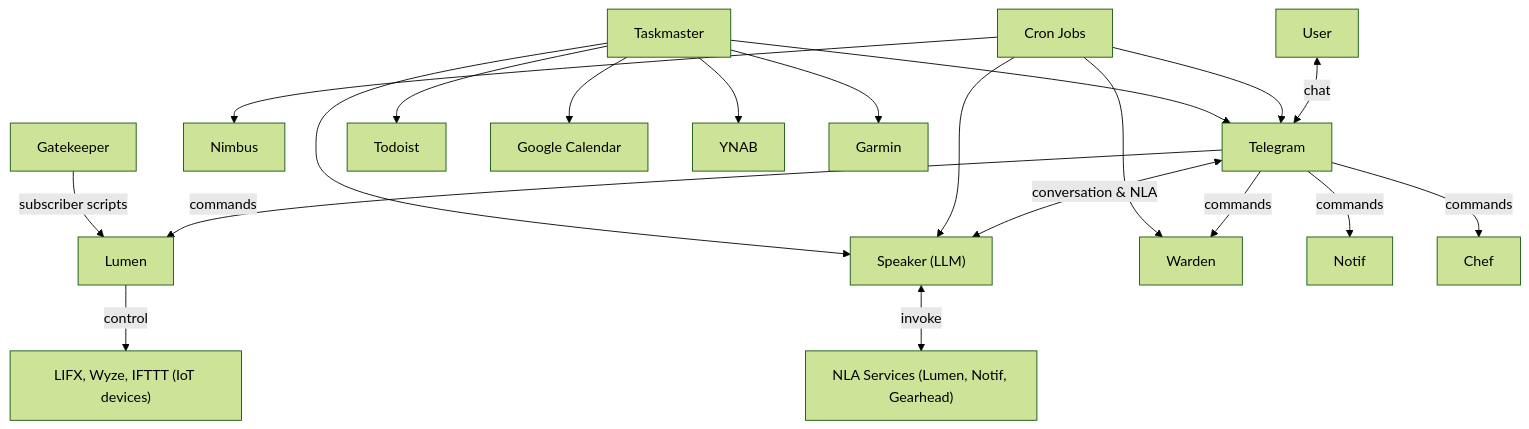
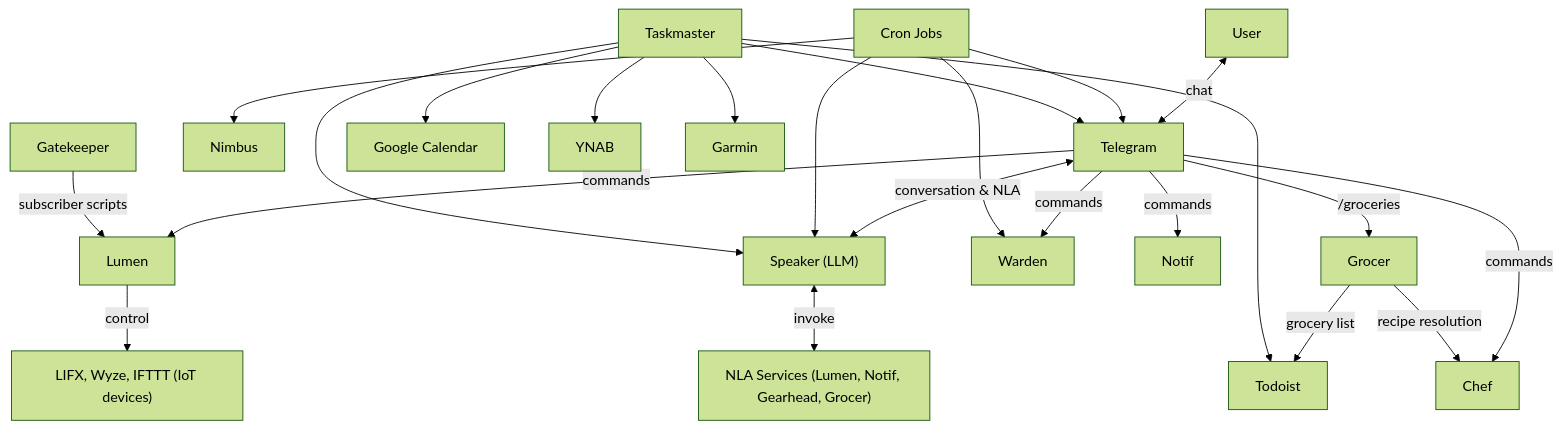
The diagram in docs/services/README.md (cwshugg/dimrod), drawn with Mermaid (forest theme) before and after one commit. The commit also changed other lines of this file and 5 other files, not shown here.

````diff
--- a/docs/services/README.md
+++ b/docs/services/README.md
@@ -28,22 +29,25 @@
 ```mermaid
 graph TD
     User <-->|chat| Telegram
     Telegram <-->|conversation & NLA| Speaker["Speaker (LLM)"]
-    Speaker <-->|invoke| NLA["NLA Services (Lumen, Notif, Gearhead)"]
+    Speaker <-->|invoke| NLA["NLA Services (Lumen, Notif, Gearhead, Grocer)"]
     Telegram -->|commands| Lumen
     Telegram -->|commands| Warden
     Telegram -->|commands| Notif
     Telegram -->|commands| Chef
+    Telegram -->|/groceries| Grocer
+    Grocer -->|recipe resolution| Chef
+    Grocer -->|grocery list| Todoist
     Lumen -->|control| IoT["LIFX, Wyze, IFTTT (IoT devices)"]
     Cron["Cron Jobs"] --> Nimbus
     Cron --> Warden
     Cron --> Telegram
     Cron --> Speaker
     Gatekeeper -->|subscriber scripts| Lumen
     Taskmaster --> Todoist
     Taskmaster --> GoogleCal["Google Calendar"]
     Taskmaster --> YNAB
     Taskmaster --> Garmin
     Taskmaster --> Speaker
     Taskmaster --> Telegram
 ```
````
